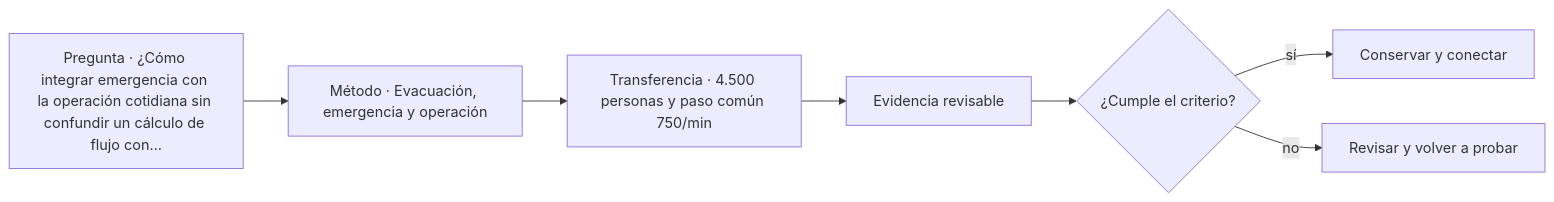
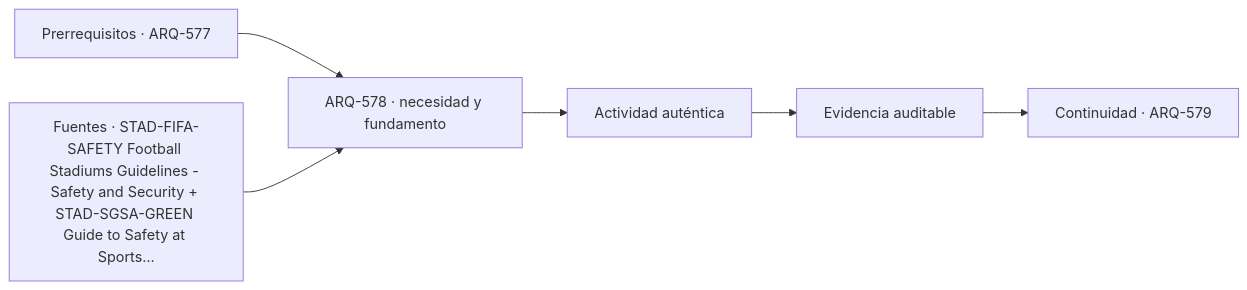
The diagram in classes/parte-58/ARQ-578.md (vladimiracunadev-create/architecture-built-environment-learning-program), drawn with Mermaid before and after one commit. The commit also changed other lines of this file and 761 other files, not shown here.

````diff
--- a/classes/parte-58/ARQ-578.md
+++ b/classes/parte-58/ARQ-578.md
@@ -105,9 +117,8 @@
 ```mermaid
 flowchart LR
-    Q["Pregunta · ¿Cómo integrar emergencia con la operación cotidiana sin confundir un cálculo de flujo con…"] --> M["Método · Evacuación, emergencia y operación"]
-    M --> P["Transferencia · 4.500 personas y paso común 750/min"]
-    P --> E["Evidencia revisable"]
-    E --> C{"¿Cumple el criterio?"}
-    C -->|sí| T["Conservar y conectar"]
-    C -->|no| R["Revisar y volver a probar"]
+    A["Prerrequisitos · ARQ-577"] --> B["ARQ-578 · necesidad y fundamento"]
+    S["Fuentes · STAD-FIFA-SAFETY Football Stadiums Guidelines - Safety and Security + STAD-SGSA-GREEN Guide to Safety at Sports…"] --> B
+    B --> C["Actividad auténtica"]
+    C --> D["Evidencia auditable"]
+    D --> E["Continuidad · ARQ-579"]
 ```
````
